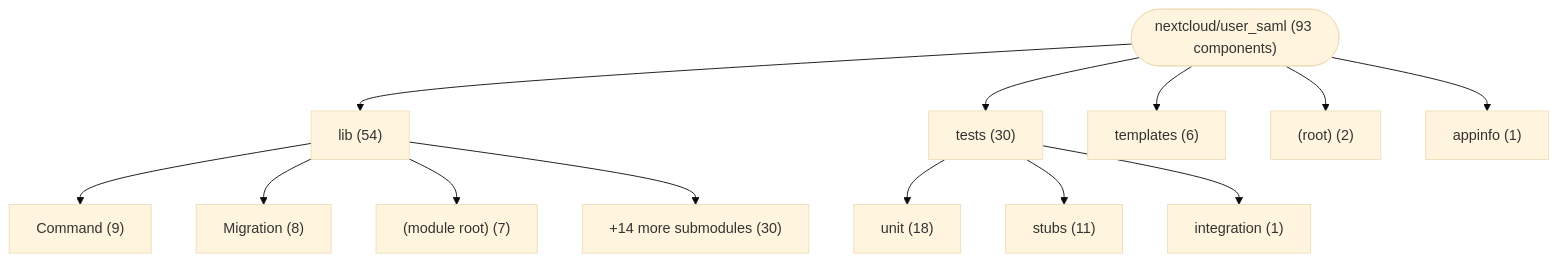
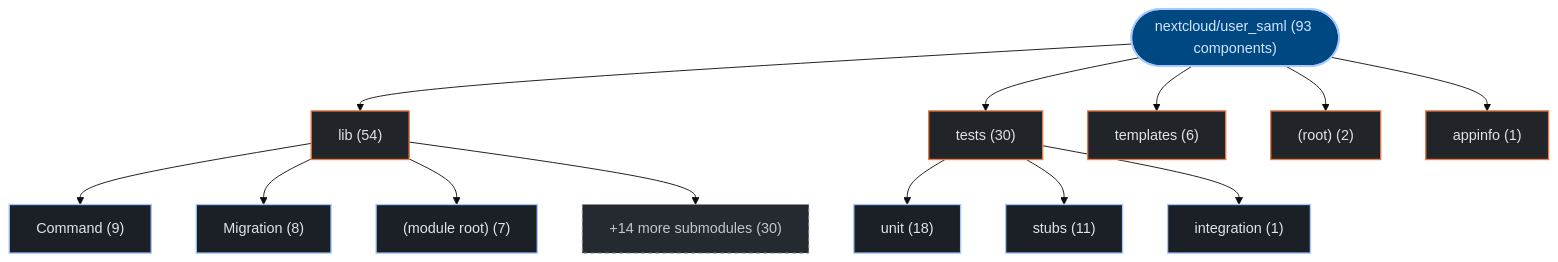
The first of 2 diagrams in exports/latest/reports/nextcloud-user_saml-report.md (kumarshaz/atruss-code-atlas), drawn with Mermaid (base theme) before and after one commit. The commit also changed other lines of this file and 331 other files, not shown here.

Commit message:
docs,ui,fix: update SDLC docs, reorder CI/CD DAG first, stylize Mermaid, and fix Arc42 pipeline topology

````diff
--- a/exports/latest/reports/nextcloud-user_saml-report.md
+++ b/exports/latest/reports/nextcloud-user_saml-report.md
@@ -42,28 +42,35 @@
 ```mermaid
 graph TD;
-    repo_root(["nextcloud/user_saml (93 components)"])
-    dir_0_lib["lib (54)"]
+  classDef atlasRoot fill:#004882,stroke:#a3c9ff,stroke-width:2px,color:#d3e4ff
+  classDef atlasCategory fill:#212428,stroke:#E87A48,stroke-width:1.5px,color:#dfe3eb
+  classDef atlasWorkflow fill:#1b2026,stroke:#a3c9ff,stroke-width:1.5px,color:#dfe3eb
+  classDef atlasJob fill:#171c22,stroke:#8d9199,stroke-width:1px,color:#dfe3eb
+  classDef atlasTarget fill:#005227,stroke:#8bd99b,stroke-width:1.5px,color:#a7f6b6
+  classDef atlasAlert fill:#93000a,stroke:#ffb4ab,stroke-width:1.5px,color:#ffdad6
+  classDef atlasMore fill:#252a31,stroke:#8d9199,stroke-dasharray:4 4,color:#c3c6cf
+    repo_root(["nextcloud/user_saml (93 components)"]):::atlasRoot
+    dir_0_lib["lib (54)"]:::atlasCategory
     repo_root --> dir_0_lib
-    sub_0_0_Command["Command (9)"]
+    sub_0_0_Command["Command (9)"]:::atlasWorkflow
     dir_0_lib --> sub_0_0_Command
-    sub_0_1_Migration["Migration (8)"]
+    sub_0_1_Migration["Migration (8)"]:::atlasWorkflow
     dir_0_lib --> sub_0_1_Migration
-    sub_0_2__module_root_["(module root) (7)"]
+    sub_0_2__module_root_["(module root) (7)"]:::atlasWorkflow
     dir_0_lib --> sub_0_2__module_root_
-    sub_0_more["+14 more submodules (30)"]
+    sub_0_more["+14 more submodules (30)"]:::atlasMore
     dir_0_lib --> sub_0_more
-    dir_1_tests["tests (30)"]
+    dir_1_tests["tests (30)"]:::atlasCategory
     repo_root --> dir_1_tests
-    sub_1_0_unit["unit (18)"]
+    sub_1_0_unit["unit (18)"]:::atlasWorkflow
     dir_1_tests --> sub_1_0_unit
-    sub_1_1_stubs["stubs (11)"]
+    sub_1_1_stubs["stubs (11)"]:::atlasWorkflow
     dir_1_tests --> sub_1_1_stubs
-    sub_1_2_integration["integration (1)"]
+    sub_1_2_integration["integration (1)"]:::atlasWorkflow
     dir_1_tests --> sub_1_2_integration
-    dir_2_templates["templates (6)"]
+    dir_2_templates["templates (6)"]:::atlasCategory
     repo_root --> dir_2_templates
-    dir_3__root_["(root) (2)"]
+    dir_3__root_["(root) (2)"]:::atlasCategory
     repo_root --> dir_3__root_
-    dir_4_appinfo["appinfo (1)"]
+    dir_4_appinfo["appinfo (1)"]:::atlasCategory
     repo_root --> dir_4_appinfo
 ```
````
